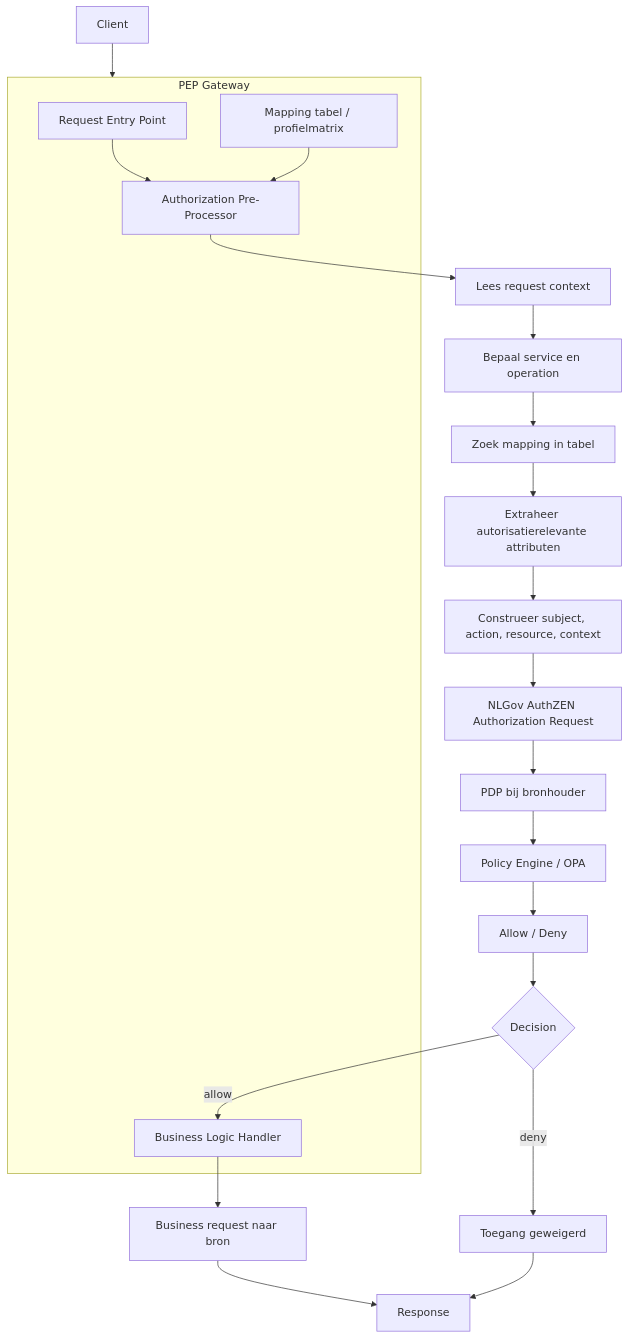
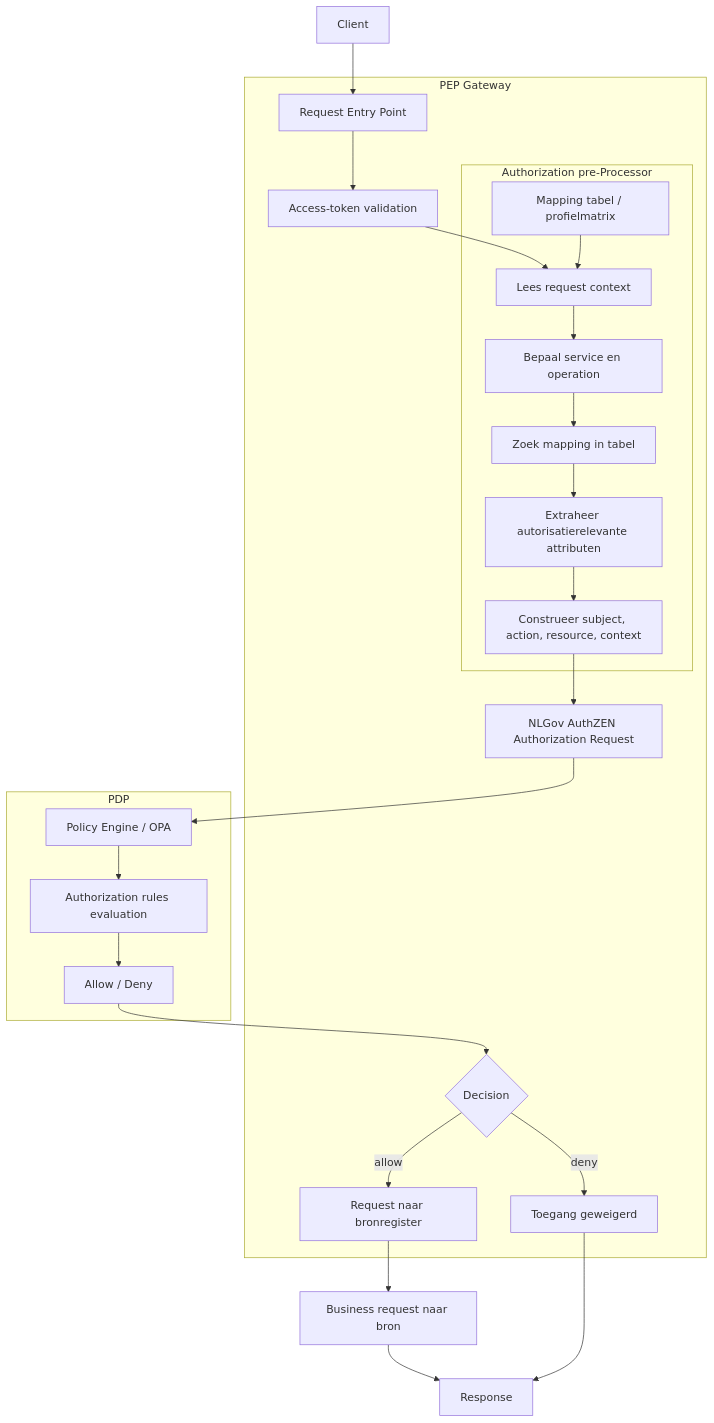
Before and after one commit to iStandaarden/iWlz-RequestForComment: the second of 2 diagrams in RFC/RFC0052 - Autorisatie standaardisatie.md, drawn with Mermaid. The commit also changed other lines of this file and 1 other file, not shown here.

Commit message:
added diagram

````diff
--- a/RFC/RFC0052 - Autorisatie standaardisatie.md
+++ b/RFC/RFC0052 - Autorisatie standaardisatie.md
@@ -170,33 +136,41 @@
 ```mermaid
 flowchart TD
-    A[Client] --> B[PEP Gateway]
-
+    A[Client]
     subgraph B[PEP Gateway]
         C[Request Entry Point]
-        D[Authorization Pre-Processor]
-        E[Business Logic Handler]
+        C --> C1[Access-token validation]
+        subgraph P[Authorization pre-Processor]
+            D[Lees request context]
+            D --> D2[Bepaal service en operation]
+            D2 --> D3[Zoek mapping in tabel]
+            D3 --> D4[Extraheer autorisatierelevante attributen]
+            D4 --> D5[Construeer subject, action, resource, context]
+            T[Mapping tabel / profielmatrix]
+        end
+
+        D5 --> G[NLGov AuthZEN Authorization Request]
+        K
+        E[Request naar bronregister]
         T[Mapping tabel / profielmatrix]
+    K -->|deny| L[Toegang geweigerd]
     end
 
-    C --> D
+    A --> C
+    C1 --> D
     T --> D
 
-    D --> D1[Lees request context]
-    D1 --> D2[Bepaal service en operation]
-    D2 --> D3[Zoek mapping in tabel]
-    D3 --> D4[Extraheer autorisatierelevante attributen]
-    D4 --> D5[Construeer subject, action, resource, context]
-    D5 --> G[NLGov AuthZEN Authorization Request]
 
-    G --> H[PDP bij bronhouder]
-    H --> I[Policy Engine / OPA]
+
+    subgraph O[PDP]
+    G --> H[Policy Engine / OPA]
+    H --> I[Authorization rules evaluation]
     I --> J[Allow / Deny]
+    end
 
     J --> K{Decision}
     K -->|allow| E
-    K -->|deny| L[Toegang geweigerd]
 
     E --> M[Business request naar bron]
     M --> N[Response]
     L --> N
 ```
````
